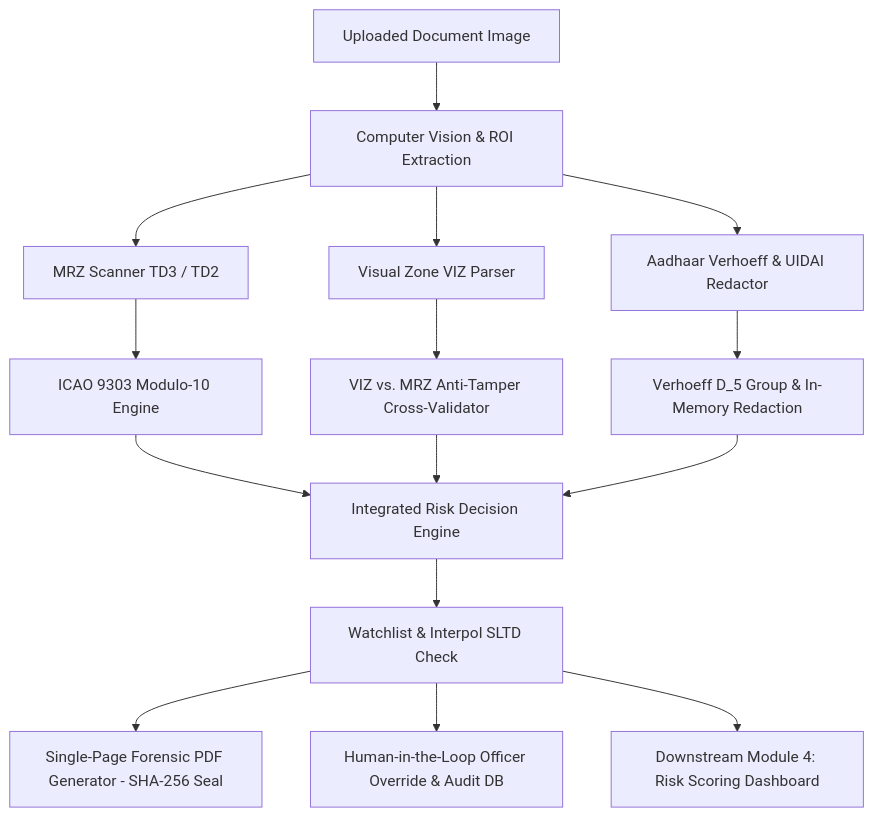
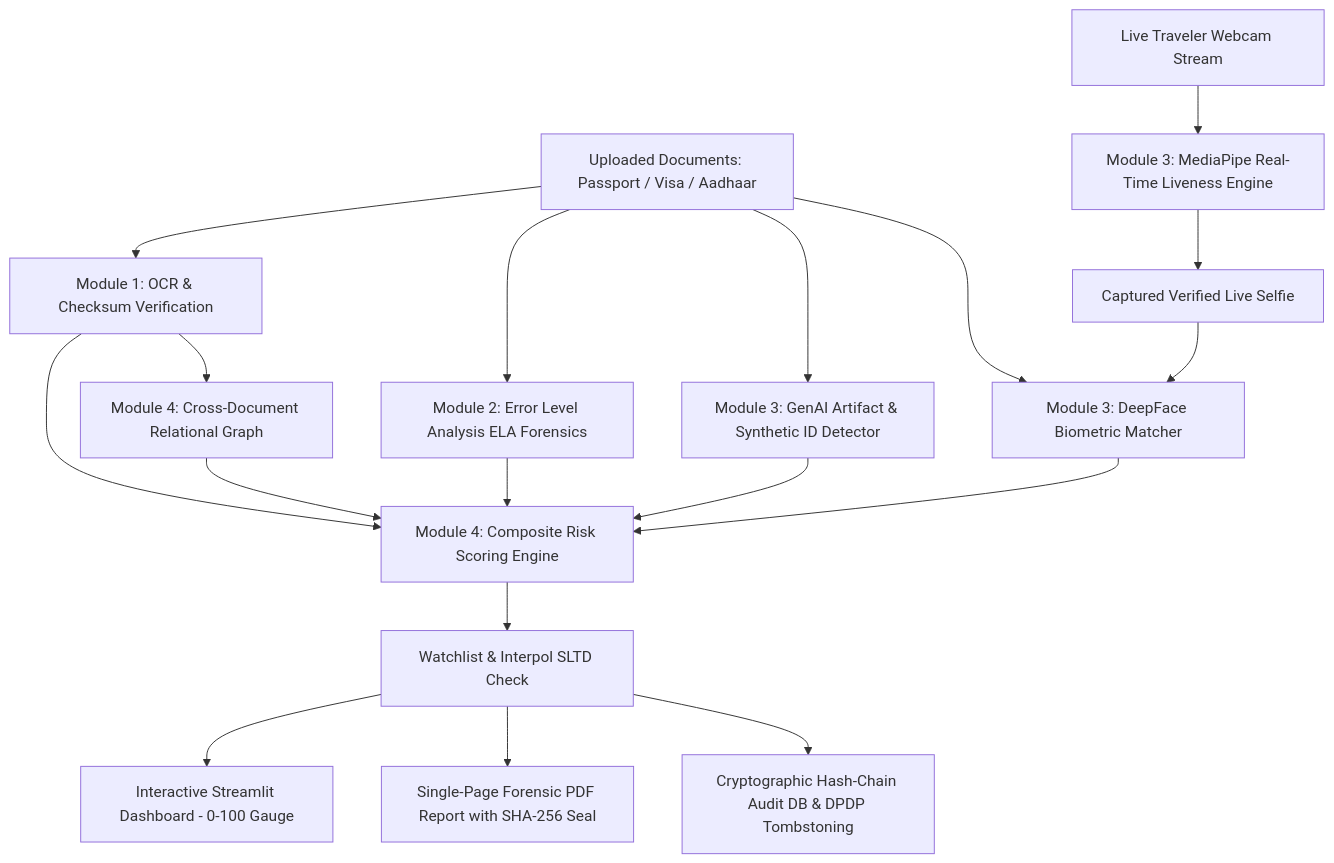
Before and after one commit to sahilraj76ind/AEIS-Border-Screening: the diagram in README.md, drawn with Mermaid. The commit also changed other lines of this file and 51 other files, not shown here.

Commit message:
feat(ui): complete luxury #FDF4D2 glassmorphic theme, Regula-style result inspector, 60fps biometric eye-blink liveness scanner, and animated telemetry

````diff
--- a/README.md
+++ b/README.md
@@ -12,20 +14,23 @@
 ```mermaid
 graph TD
-    A[Uploaded Document Image] --> B[Computer Vision & ROI Extraction]
-    B --> C[MRZ Scanner TD3 / TD2]
-    B --> D[Visual Zone VIZ Parser]
-    B --> E[Aadhaar Verhoeff & UIDAI Redactor]
+    A[Uploaded Documents: Passport / Visa / Aadhaar] --> B[Module 1: OCR & Checksum Verification]
+    A --> C[Module 2: Error Level Analysis ELA Forensics]
+    A --> D[Module 3: GenAI Artifact & Synthetic ID Detector]
     
-    C --> F[ICAO 9303 Modulo-10 Engine]
-    D --> G[VIZ vs. MRZ Anti-Tamper Cross-Validator]
-    E --> H[Verhoeff D_5 Group & In-Memory Redaction]
+    LiveCam[Live Traveler Webcam Stream] --> E[Module 3: MediaPipe Real-Time Liveness Engine]
+    E --> F[Captured Verified Live Selfie]
+    F --> G[Module 3: DeepFace Biometric Matcher]
+    A --> G
     
-    F --> I[Integrated Risk Decision Engine]
-    G --> I
-    H --> I
+    B --> H[Module 4: Composite Risk Scoring Engine]
+    C --> H
+    D --> H
+    G --> H
+    B --> I[Module 4: Cross-Document Relational Graph]
+    I --> H
     
-    I --> J[Watchlist & Interpol SLTD Check]
-    J --> K[Single-Page Forensic PDF Generator - SHA-256 Seal]
-    J --> L[Human-in-the-Loop Officer Override & Audit DB]
-    J --> M[Downstream Module 4: Risk Scoring Dashboard]
+    H --> J[Watchlist & Interpol SLTD Check]
+    J --> K[Interactive Streamlit Dashboard - 0-100 Gauge]
+    J --> L[Single-Page Forensic PDF Report with SHA-256 Seal]
+    J --> M[Cryptographic Hash-Chain Audit DB & DPDP Tombstoning]
 ```
````
